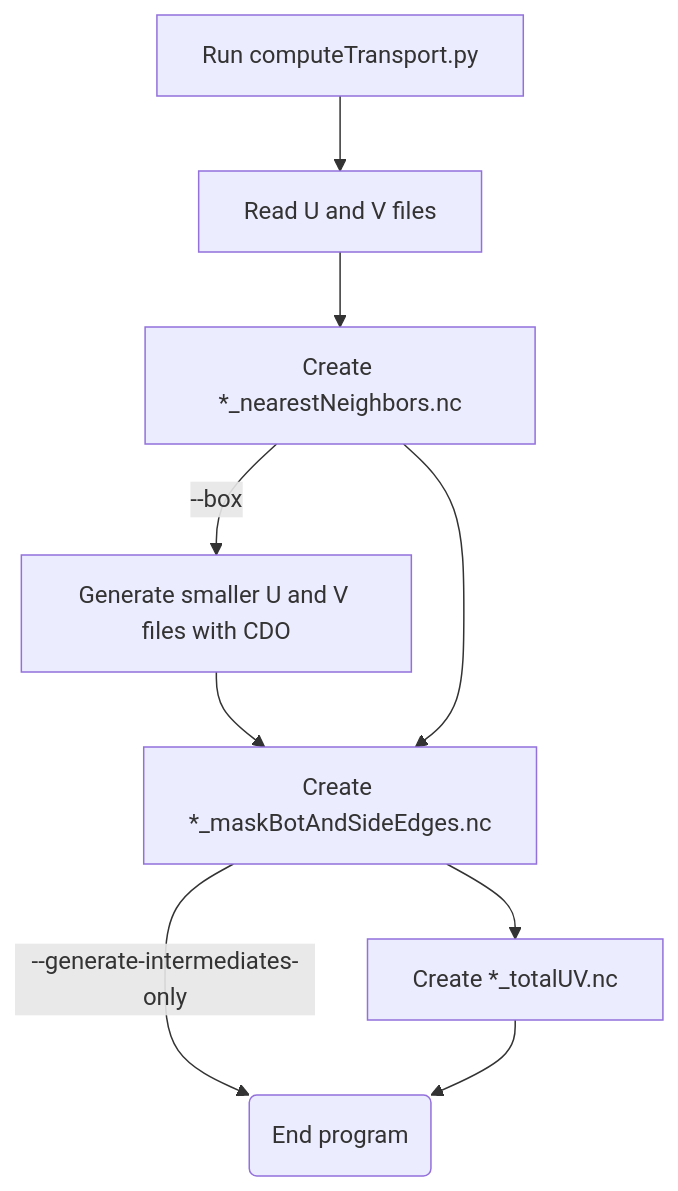
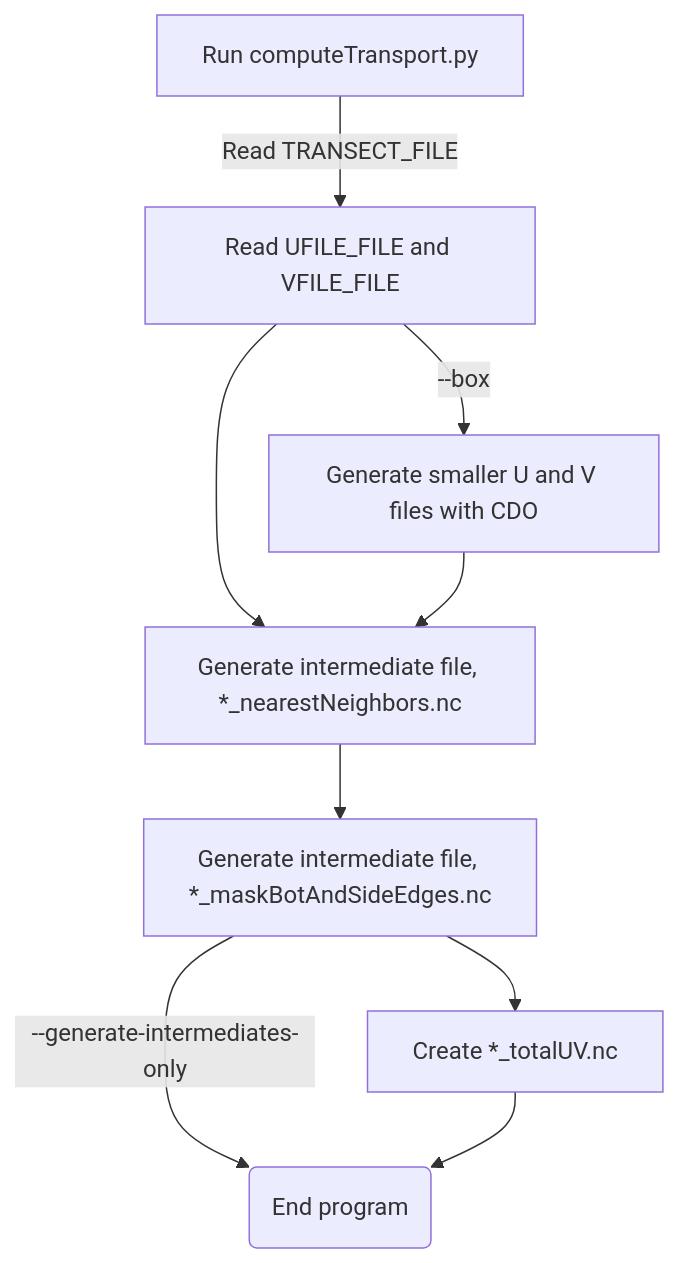
Before and after one commit to smtrodrigo/compute-transport: the diagram in README.md, drawn with Mermaid. The commit also changed other lines of this file, not shown here.

````diff
--- a/README.md
+++ b/README.md
@@ -123,11 +135,12 @@
 ```mermaid
 graph TD
-    A[Run computeTransport.py] --> B[Read U and V files]
-    B --> C[Create *_nearestNeighbors.nc]
-    C -->|--box| F[Generate smaller U and V files with CDO]
-    F --> D
-    C --> D[Create *_maskBotAndSideEdges.nc]
-    D -->|--generate-intermediates-only| G(End program)
-    D --> E[Create *_totalUV.nc]
+    A[Run computeTransport.py] -->|Read TRANSECT_FILE| B[Read UFILE_FILE and VFILE_FILE]
+    B --> D[Generate intermediate file, *_nearestNeighbors.nc]
+    B -->|--box| C[Generate smaller U and V files with CDO]
+    C --> D
+    D --> H 
+    H[Generate intermediate file, *_maskBotAndSideEdges.nc]
+    H -->|--generate-intermediates-only| G(End program)
+    H --> E[Create *_totalUV.nc]
     E --> G
 ```
````
